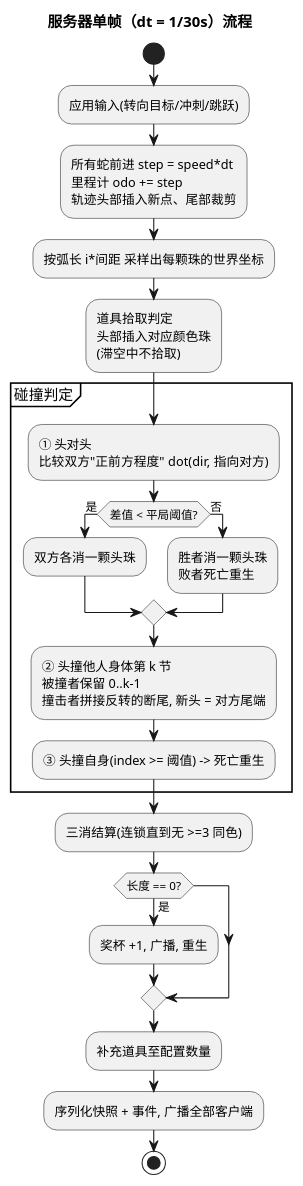
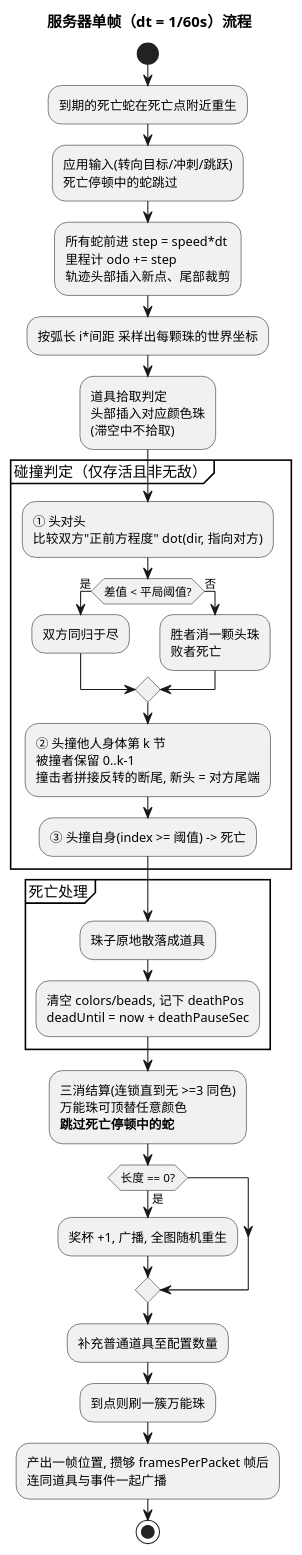
The diagram in docs/tick.puml (crvsrvn/SnakeMatch3), drawn with PlantUML before and after one commit. The commit also changed 9 other files, not shown here.

```diff
--- a/docs/tick.puml
+++ b/docs/tick.puml
@@ -1,26 +1,32 @@
 @startuml tick
-title 服务器单帧（dt = 1/30s）流程
+title 服务器单帧（dt = 1/60s）流程
 
 start
-:应用输入(转向目标/冲刺/跳跃);
+:到期的死亡蛇在死亡点附近重生;
+:应用输入(转向目标/冲刺/跳跃)\n死亡停顿中的蛇跳过;
 :所有蛇前进 step = speed*dt\n里程计 odo += step\n轨迹头部插入新点、尾部裁剪;
 :按弧长 i*间距 采样出每颗珠的世界坐标;
 :道具拾取判定\n头部插入对应颜色珠\n(滞空中不拾取);
-partition 碰撞判定 {
+partition 碰撞判定（仅存活且非无敌） {
   :① 头对头\n比较双方"正前方程度" dot(dir, 指向对方);
   if (差值 < 平局阈值?) then (是)
-    :双方各消一颗头珠;
+    :双方同归于尽;
   else (否)
-    :胜者消一颗头珠\n败者死亡重生;
+    :胜者消一颗头珠\n败者死亡;
   endif
   :② 头撞他人身体第 k 节\n被撞者保留 0..k-1\n撞击者拼接反转的断尾, 新头 = 对方尾端;
-  :③ 头撞自身(index >= 阈值) -> 死亡重生;
+  :③ 头撞自身(index >= 阈值) -> 死亡;
 }
-:三消结算(连锁直到无 >=3 同色);
+partition 死亡处理 {
+  :珠子原地散落成道具;
+  :清空 colors/beads, 记下 deathPos\ndeadUntil = now + deathPauseSec;
+}
+:三消结算(连锁直到无 >=3 同色)\n万能珠可顶替任意颜色\n**跳过死亡停顿中的蛇**;
 if (长度 == 0?) then (是)
-  :奖杯 +1, 广播, 重生;
+  :奖杯 +1, 广播, 全图随机重生;
 endif
-:补充道具至配置数量;
-:序列化快照 + 事件, 广播全部客户端;
+:补充普通道具至配置数量;
+:到点则刷一簇万能珠;
+:产出一帧位置, 攒够 framesPerPacket 帧后\n连同道具与事件一起广播;
 stop
 @enduml
```
